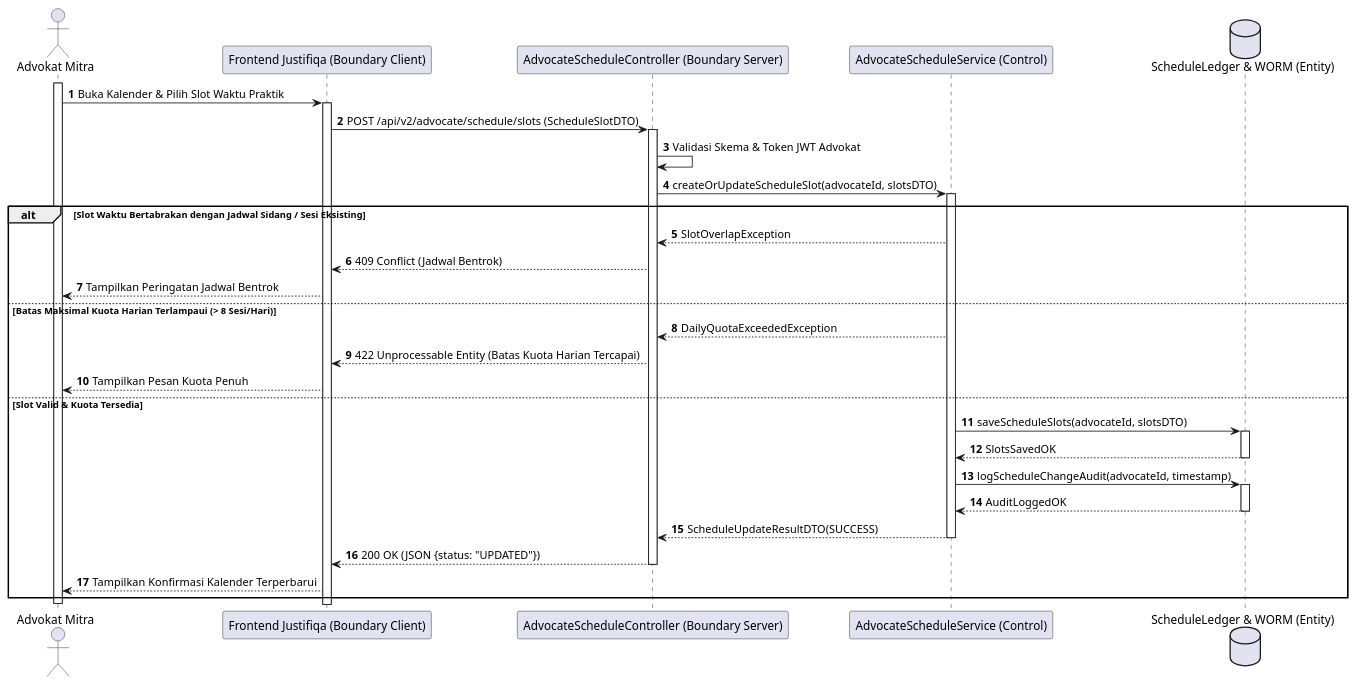
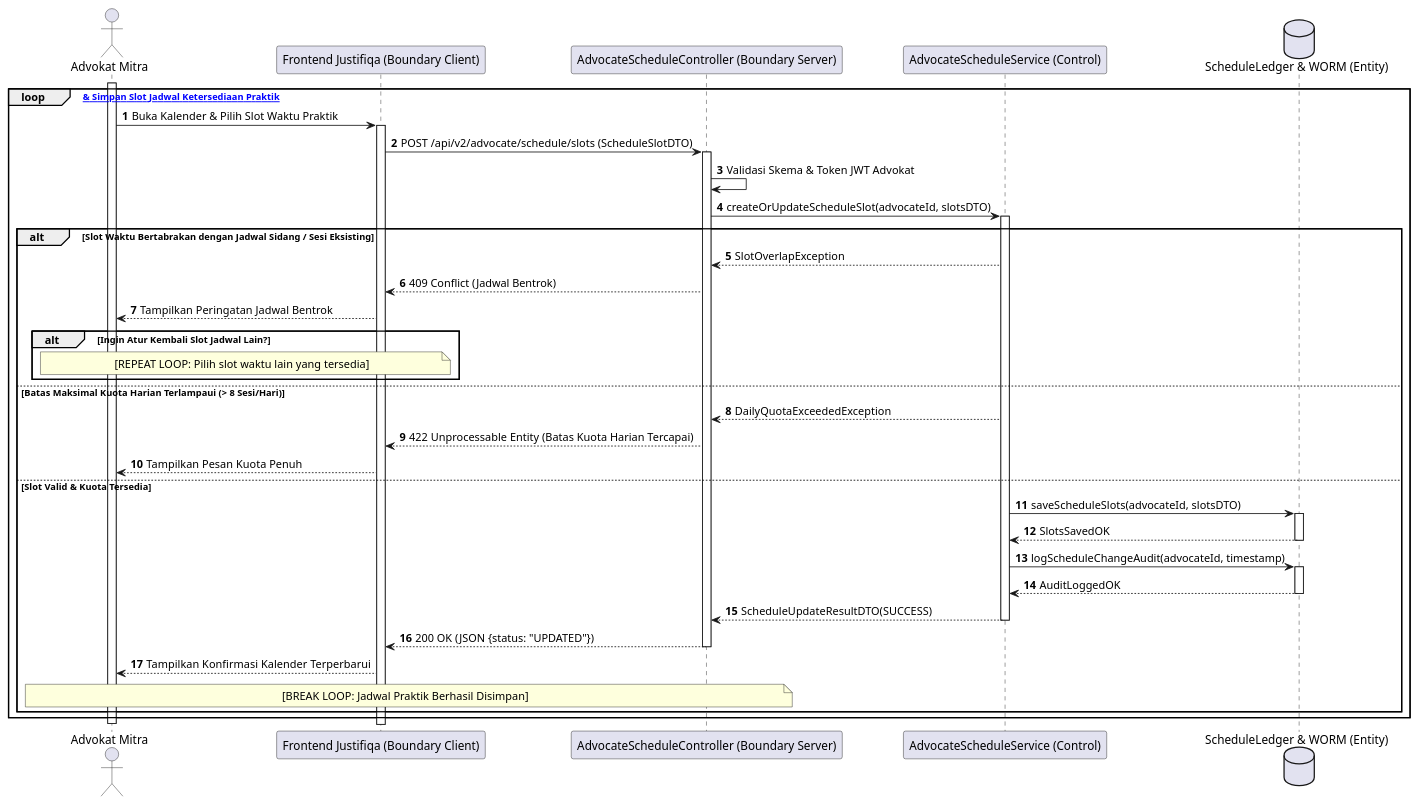
Before and after one commit to tupperwureism/SuperApp-Gagal: the fourth of 28 diagrams in MarkDown/plantuml_sequence_diagrams.md, drawn with PlantUML. The commit also changed other lines of this file and 1 other file, not shown here.

Commit message:
docs: Deep 1-to-1 logical synchronization across all 28 Sequence Diagrams with AD branches

````diff
--- a/MarkDown/plantuml_sequence_diagrams.md
+++ b/MarkDown/plantuml_sequence_diagrams.md
@@ -308,35 +308,41 @@
 ```plantuml
 @startuml
 autonumber
 actor "Advokat Mitra" as User
 participant "Frontend Justifiqa (Boundary Client)" as B_FE
 participant "AdvocateScheduleController (Boundary Server)" as B_BE
 participant "AdvocateScheduleService (Control)" as C_Svc
 database "ScheduleLedger & WORM (Entity)" as E_DB
 
 activate User
-User -> B_FE ++ : Buka Kalender & Pilih Slot Waktu Praktik
-B_FE -> B_BE ++ : POST /api/v2/advocate/schedule/slots (ScheduleSlotDTO)
-B_BE -> B_BE : Validasi Skema & Token JWT Advokat
-B_BE -> C_Svc ++ : createOrUpdateScheduleSlot(advocateId, slotsDTO)
+loop [Atur & Simpan Slot Jadwal Ketersediaan Praktik]
+    User -> B_FE ++ : Buka Kalender & Pilih Slot Waktu Praktik
+    B_FE -> B_BE ++ : POST /api/v2/advocate/schedule/slots (ScheduleSlotDTO)
+    B_BE -> B_BE : Validasi Skema & Token JWT Advokat
+    B_BE -> C_Svc ++ : createOrUpdateScheduleSlot(advocateId, slotsDTO)
 
-alt Slot Waktu Bertabrakan dengan Jadwal Sidang / Sesi Eksisting
-    C_Svc --> B_BE : SlotOverlapException
-    B_BE --> B_FE : 409 Conflict (Jadwal Bentrok)
-    B_FE --> User : Tampilkan Peringatan Jadwal Bentrok
-else Batas Maksimal Kuota Harian Terlampaui (> 8 Sesi/Hari)
-    C_Svc --> B_BE : DailyQuotaExceededException
-    B_BE --> B_FE : 422 Unprocessable Entity (Batas Kuota Harian Tercapai)
-    B_FE --> User : Tampilkan Pesan Kuota Penuh
-else Slot Valid & Kuota Tersedia
-    C_Svc -> E_DB ++ : saveScheduleSlots(advocateId, slotsDTO)
-    E_DB --> C_Svc -- : SlotsSavedOK
-    C_Svc -> E_DB ++ : logScheduleChangeAudit(advocateId, timestamp)
-    E_DB --> C_Svc -- : AuditLoggedOK
-    C_Svc --> B_BE -- : ScheduleUpdateResultDTO(SUCCESS)
-    B_BE --> B_FE -- : 200 OK (JSON {status: "UPDATED"})
-    B_FE --> User : Tampilkan Konfirmasi Kalender Terperbarui
+    alt Slot Waktu Bertabrakan dengan Jadwal Sidang / Sesi Eksisting
+        C_Svc --> B_BE : SlotOverlapException
+        B_BE --> B_FE : 409 Conflict (Jadwal Bentrok)
+        B_FE --> User : Tampilkan Peringatan Jadwal Bentrok
+        alt Ingin Atur Kembali Slot Jadwal Lain?
+            note over User, B_FE : [REPEAT LOOP: Pilih slot waktu lain yang tersedia]
+        end
+    else Batas Maksimal Kuota Harian Terlampaui (> 8 Sesi/Hari)
+        C_Svc --> B_BE : DailyQuotaExceededException
+        B_BE --> B_FE : 422 Unprocessable Entity (Batas Kuota Harian Tercapai)
+        B_FE --> User : Tampilkan Pesan Kuota Penuh
+    else Slot Valid & Kuota Tersedia
+        C_Svc -> E_DB ++ : saveScheduleSlots(advocateId, slotsDTO)
+        E_DB --> C_Svc -- : SlotsSavedOK
+        C_Svc -> E_DB ++ : logScheduleChangeAudit(advocateId, timestamp)
+        E_DB --> C_Svc -- : AuditLoggedOK
+        C_Svc --> B_BE -- : ScheduleUpdateResultDTO(SUCCESS)
+        B_BE --> B_FE -- : 200 OK (JSON {status: "UPDATED"})
+        B_FE --> User : Tampilkan Konfirmasi Kalender Terperbarui
+        note over User, B_BE : [BREAK LOOP: Jadwal Praktik Berhasil Disimpan]
+    end
 end
 deactivate User
 @enduml
 ```
````
